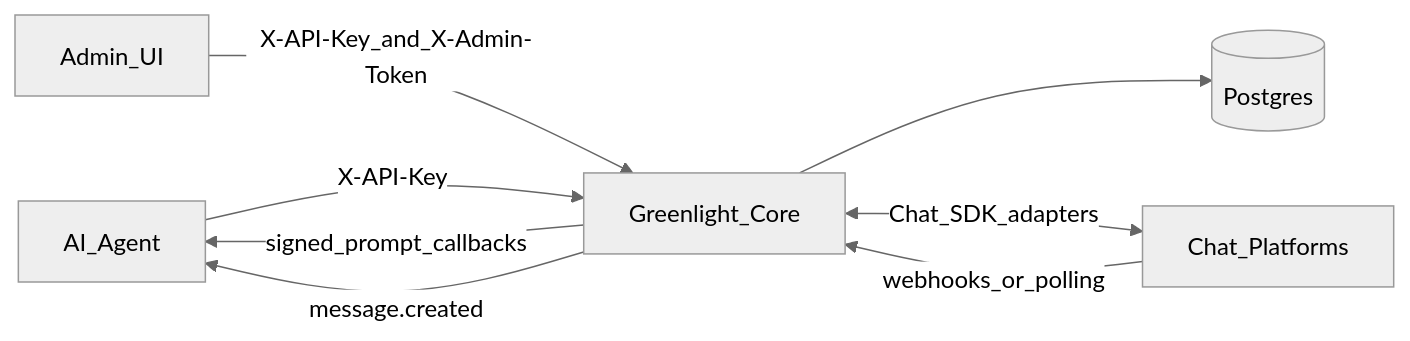
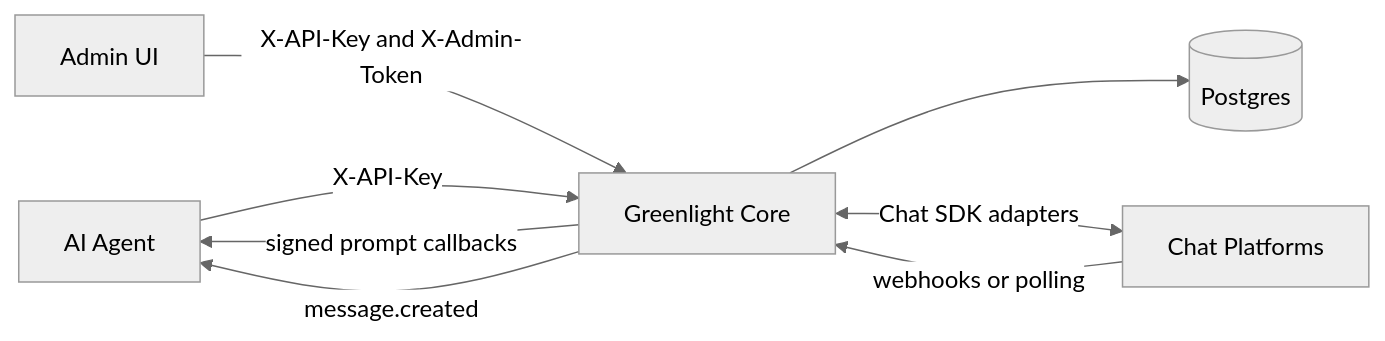
The diagram in docs-site/content/guides/architecture.mdx (HashTerm/greenlight), drawn with Mermaid before and after one commit. The commit also changed 11 other files, not shown here.

First line of the commit message:
feat: add automation platforms guide and improve docs diagrams

````diff
--- a/docs-site/content/guides/architecture.mdx
+++ b/docs-site/content/guides/architecture.mdx
@@ -5,17 +5,17 @@
 ```mermaid
 %%{init: {'theme': 'neutral'}}%%
 flowchart LR
-  agent[AI_Agent]
-  ui[Admin_UI]
-  core[Greenlight_Core]
+  agent[AI Agent]
+  ui[Admin UI]
+  core[Greenlight Core]
   db[(Postgres)]
-  platforms[Chat_Platforms]
+  platforms[Chat Platforms]
 
   agent -->|X-API-Key| core
-  ui -->|X-API-Key_and_X-Admin-Token| core
+  ui -->|"X-API-Key and X-Admin-Token"| core
   core --> db
-  core <-->|Chat_SDK_adapters| platforms
-  core -->|signed_prompt_callbacks| agent
+  core <-->|Chat SDK adapters| platforms
+  core -->|signed prompt callbacks| agent
   core -->|message.created| agent
-  platforms -->|webhooks_or_polling| core
+  platforms -->|webhooks or polling| core
 ```
````
